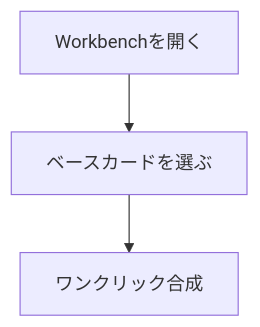
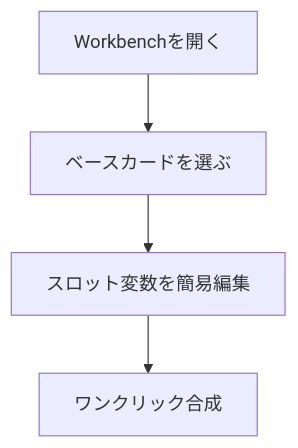
One commit to tmaeda11235/style-atelier changed diagram 11 of 34 in memory-bank/userJourneys.md. Above: the diagram before and after it, drawn with Mermaid. The commit also changed 5 other files, not shown here.

````diff
--- a/memory-bank/userJourneys.md
+++ b/memory-bank/userJourneys.md
@@ -227,8 +227,10 @@
 ```mermaid
 flowchart TD
   S1["Workbenchを開く"]
   S2["ベースカードを選ぶ"]
   S1 --> S2
-  S3["ワンクリック合成"]
+  S3["スロット変数を簡易編集"]
   S2 --> S3
+  S4["ワンクリック合成"]
+  S3 --> S4
 ```
````
